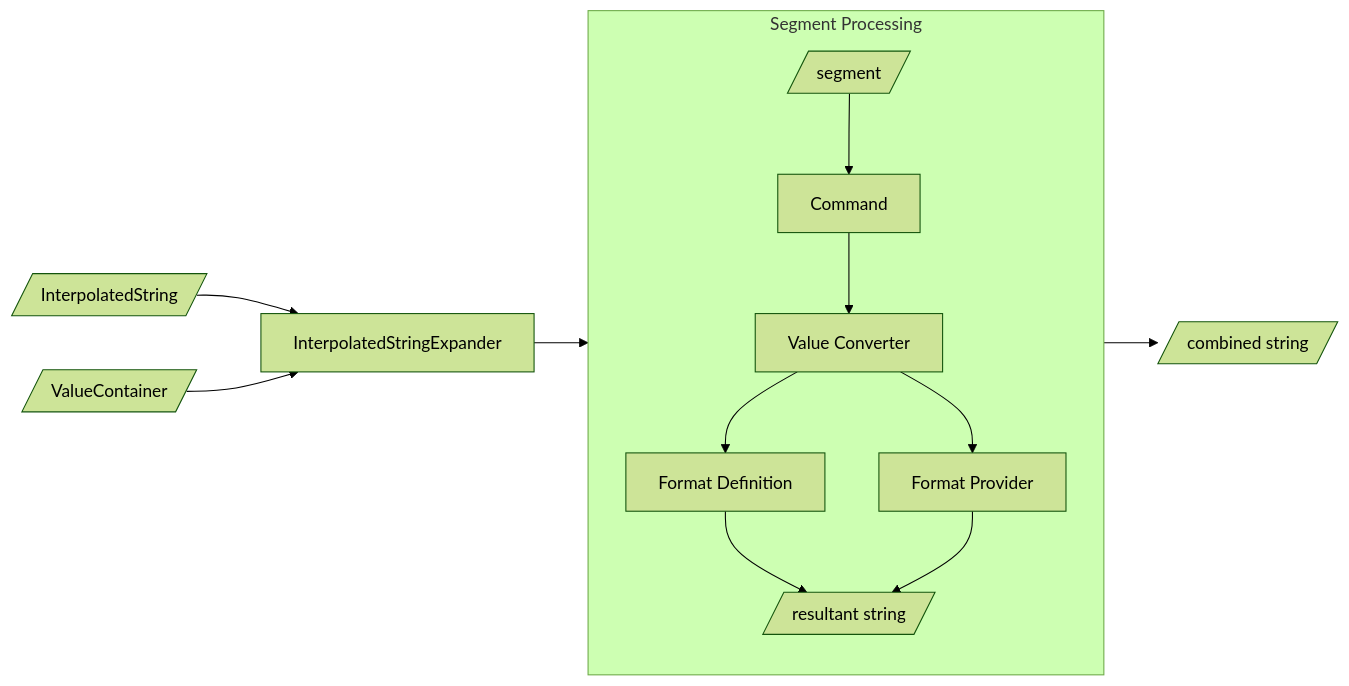
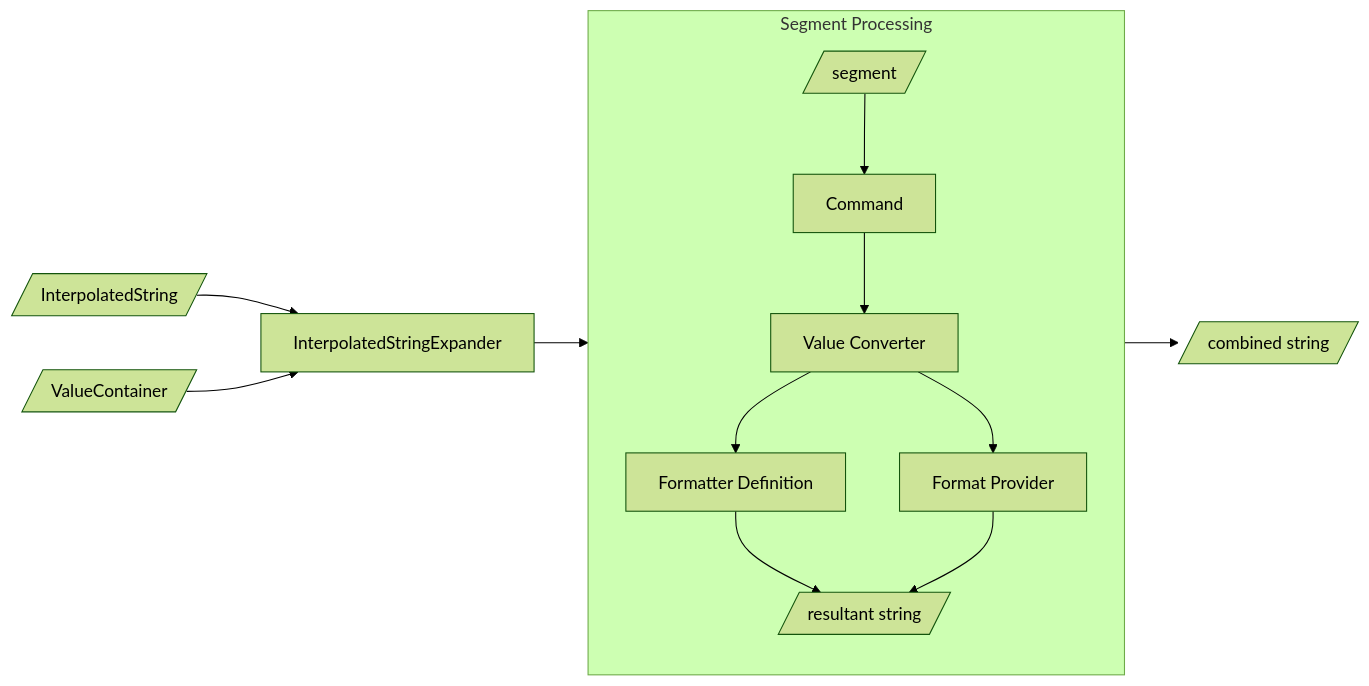
The second of 2 diagrams in README.md (andywilsonuk/StringTokenFormatter), drawn with Mermaid (forest theme) before and after one commit. The commit also changed other lines of this file and 1 other file, not shown here.

````diff
--- a/README.md
+++ b/README.md
@@ -176,26 +191,26 @@
 ```mermaid
 flowchart LR
     InterpolatedString[/InterpolatedString/]
     ValueContainer[/ValueContainer/]
     Expander[InterpolatedStringExpander]
     Segment[/segment/]
     Command[Command]
     ValueConverter[Value Converter]
-    FormatDefinition[Format Definition]
+    FormatterDefinition[Formatter Definition]
     FormatProvider[Format Provider]
     ResultantStringSegment[/resultant string/]
     ResultantString[/combined string/]
     subgraph SegmentProcessing[Segment Processing]
         direction TB
         Segment --> Command
         Command --> ValueConverter
-        ValueConverter --> FormatDefinition
+        ValueConverter --> FormatterDefinition
         ValueConverter --> FormatProvider
-        FormatDefinition --> ResultantStringSegment
+        FormatterDefinition --> ResultantStringSegment
         FormatProvider --> ResultantStringSegment
     end
     InterpolatedString --> Expander
     ValueContainer --> Expander
     Expander --> SegmentProcessing
     SegmentProcessing --> ResultantString
 ```
````
